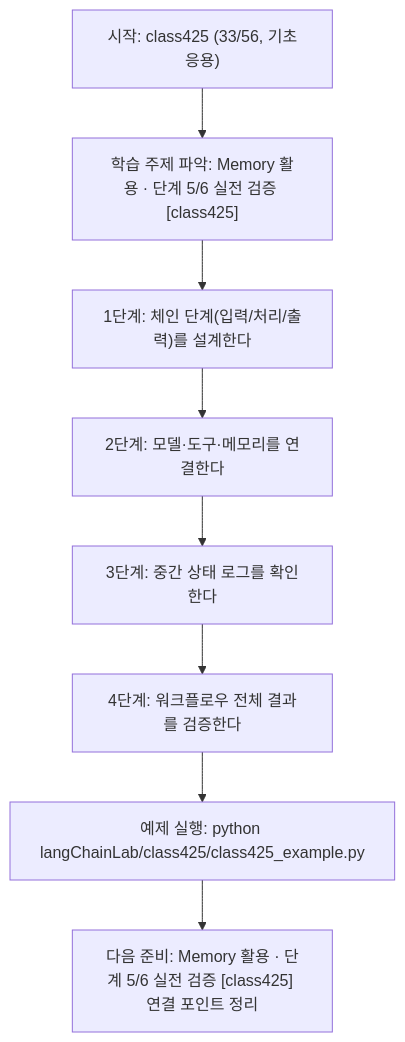
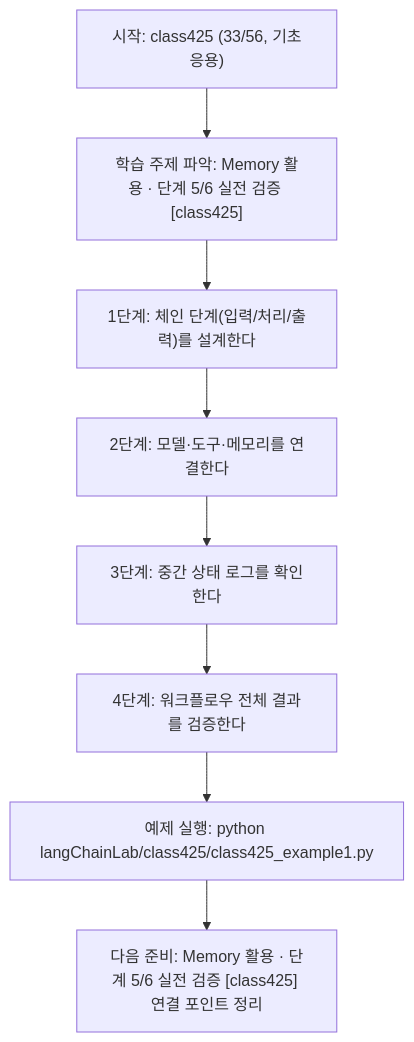
The diagram in langChainLab/class425/class425.md (edumgt/Python-AI_Agent-Class), drawn with Mermaid before and after one commit. The commit also changed other lines of this file and 2959 other files, not shown here.

````diff
--- a/langChainLab/class425/class425.md
+++ b/langChainLab/class425/class425.md
@@ -109,18 +109,18 @@
 ```mermaid
 flowchart TD
 N1["시작: class425 (33/56, 기초응용)"]
 N2["학습 주제 파악: Memory 활용 · 단계 5/6 실전 검증 [class425]"]
 N3["1단계: 체인 단계(입력/처리/출력)를 설계한다"]
 N4["2단계: 모델·도구·메모리를 연결한다"]
 N5["3단계: 중간 상태 로그를 확인한다"]
 N6["4단계: 워크플로우 전체 결과를 검증한다"]
-N7["예제 실행: python langChainLab/class425/class425_example.py"]
+N7["예제 실행: python langChainLab/class425/class425_example1.py"]
 N8["다음 준비: Memory 활용 · 단계 5/6 실전 검증 [class425] 연결 포인트 정리"]
 N1 --> N2
 N2 --> N3
 N3 --> N4
 N4 --> N5
 N5 --> N6
 N6 --> N7
 N7 --> N8
 ```
````
